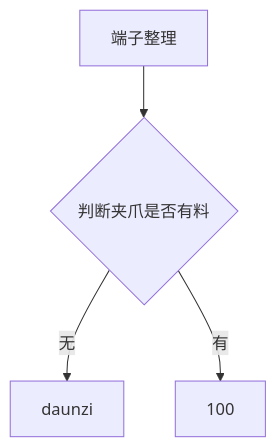
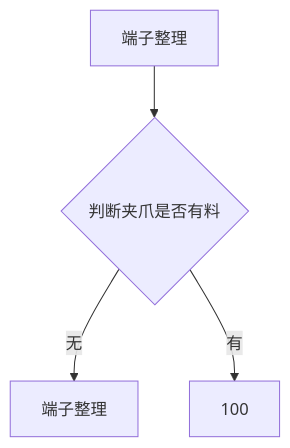
Before and after one commit to zmq000/iodraw-files: the diagram in all/VR-OP90端子整理1.md, drawn with Mermaid.

Commit message:
2026-06-18 16:00:24 update

````diff
--- a/all/VR-OP90端子整理1.md
+++ b/all/VR-OP90端子整理1.md
@@ -1,7 +1,7 @@
 ```mermaid
 graph TD
 0[端子整理]-->10
 10{判断夹爪是否有料}-->|无|20
 10-->|有|100
-20[daunzi]
+20[端子整理]
 ```
````
